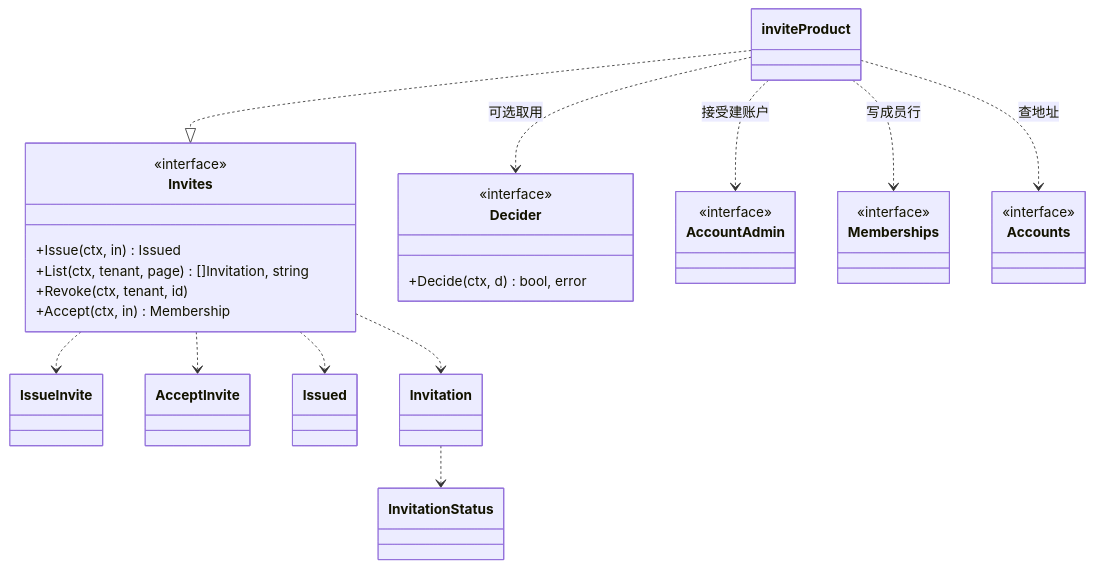
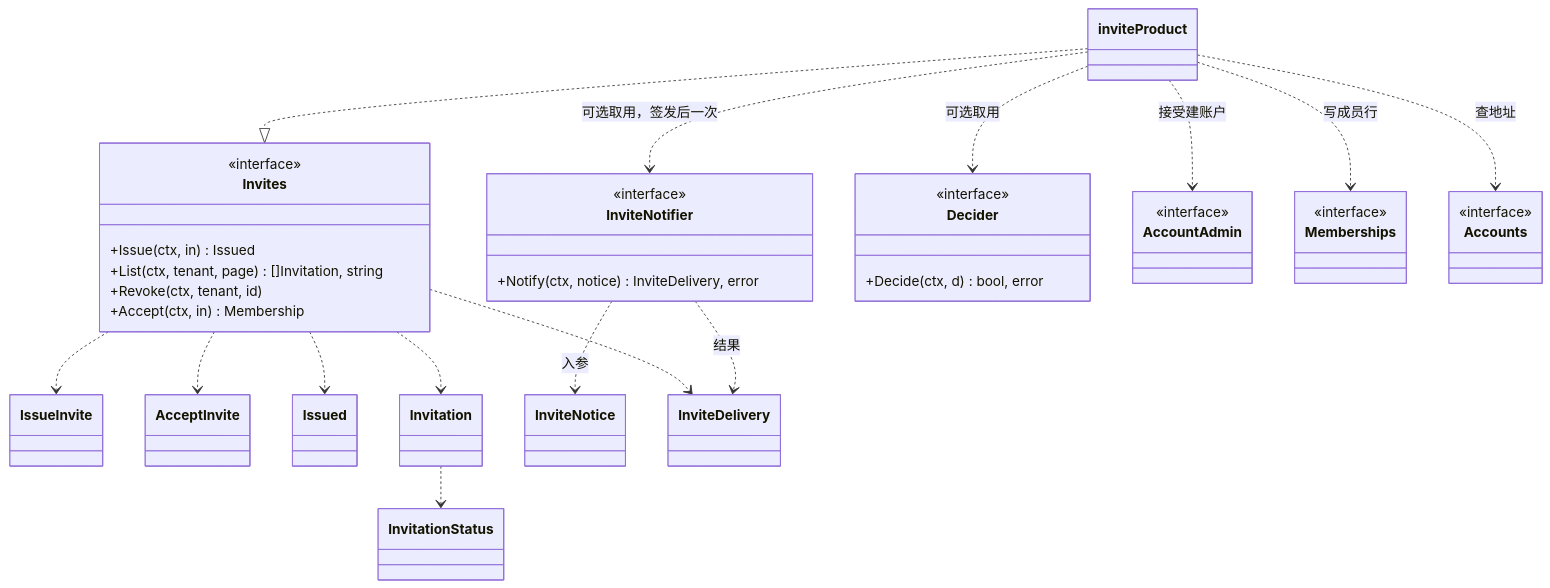
The second of 2 diagrams in docs/design/modules/authn/design-authn-invite.md (wangzw/speed), drawn with Mermaid before and after one commit. The commit also changed other lines of this file and 6 other files, not shown here.

````diff
--- a/docs/design/modules/authn/design-authn-invite.md
+++ b/docs/design/modules/authn/design-authn-invite.md
@@ -227,39 +278,49 @@
 ```mermaid
 classDiagram
     class Invites {
         <<interface>>
         +Issue(ctx, in) Issued
         +List(ctx, tenant, page) []Invitation, string
         +Revoke(ctx, tenant, id)
         +Accept(ctx, in) Membership
     }
     class IssueInvite
     class AcceptInvite
     class Issued
     class Invitation
     class InvitationStatus
+    class InviteNotifier {
+        <<interface>>
+        +Notify(ctx, notice) InviteDelivery, error
+    }
+    class InviteNotice
+    class InviteDelivery
     class inviteProduct
     class Decider {
         <<interface>>
         +Decide(ctx, d) bool, error
     }
     class AccountAdmin {
         <<interface>>
     }
     class Memberships {
         <<interface>>
     }
     class Accounts {
         <<interface>>
     }
     inviteProduct ..|> Invites
     inviteProduct ..> Decider : 可选取用
+    inviteProduct ..> InviteNotifier : 可选取用，签发后一次
     inviteProduct ..> AccountAdmin : 接受建账户
     inviteProduct ..> Memberships : 写成员行
     inviteProduct ..> Accounts : 查地址
     Invites ..> IssueInvite
     Invites ..> AcceptInvite
     Invites ..> Issued
     Invites ..> Invitation
+    Invites ..> InviteDelivery
     Invitation ..> InvitationStatus
+    InviteNotifier ..> InviteNotice : 入参
+    InviteNotifier ..> InviteDelivery : 结果
 ```
````
